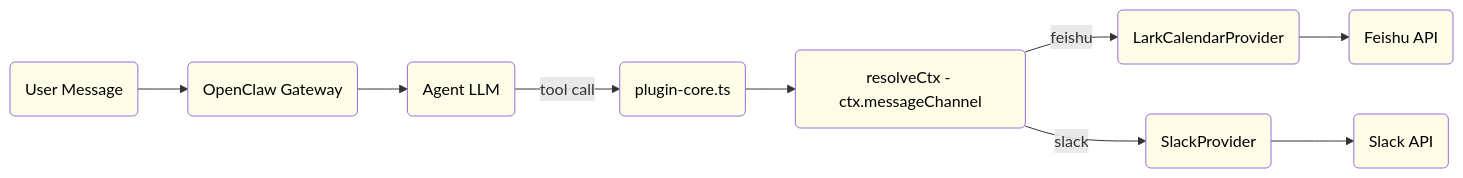
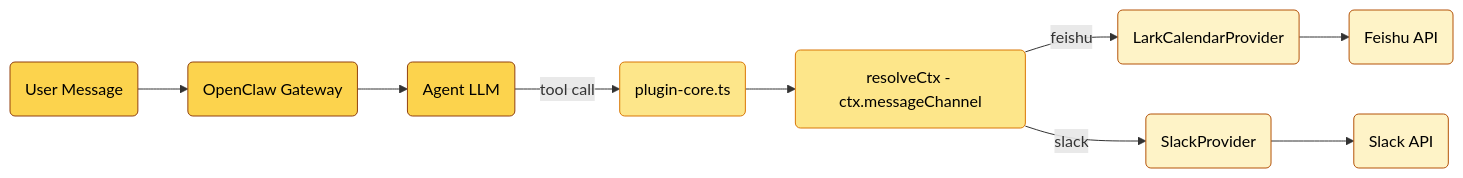
One commit to javana3/claw_meeting_all changed the eighth of 13 diagrams in README.md. Above: the diagram before and after it, drawn with Mermaid. The commit also changed other lines of this file, not shown here.

Commit message:
Add golden borders and hierarchy to mermaid diagrams

````diff
--- a/README.md
+++ b/README.md
@@ -313,21 +313,21 @@
 ```mermaid
 graph LR
     MSG(User Message) --> GW(OpenClaw Gateway)
     GW --> AGENT(Agent LLM)
     AGENT -->|tool call| CORE(plugin-core.ts)
     CORE --> CTX(resolveCtx - ctx.messageChannel)
     CTX -->|feishu| LP(LarkCalendarProvider)
     CTX -->|slack| SP(SlackProvider)
     LP --> LAPI(Feishu API)
     SP --> SAPI(Slack API)
 
-    style CTX fill:#fffde7,color:#000
-    style LP fill:#fffde7,color:#000
-    style SP fill:#fffde7,color:#000
-    style MSG fill:#fffde7,color:#000
-    style GW fill:#fffde7,color:#000
-    style AGENT fill:#fffde7,color:#000
-    style CORE fill:#fffde7,color:#000
-    style LAPI fill:#fffde7,color:#000
-    style SAPI fill:#fffde7,color:#000
+    style CTX fill:#fde68a,stroke:#d97706,color:#000
+    style LP fill:#fef3c7,stroke:#b45309,color:#000
+    style SP fill:#fef3c7,stroke:#b45309,color:#000
+    style MSG fill:#fcd34d,stroke:#92400e,color:#000
+    style GW fill:#fcd34d,stroke:#92400e,color:#000
+    style AGENT fill:#fcd34d,stroke:#92400e,color:#000
+    style CORE fill:#fde68a,stroke:#d97706,color:#000
+    style LAPI fill:#fef3c7,stroke:#b45309,color:#000
+    style SAPI fill:#fef3c7,stroke:#b45309,color:#000
 ```
````
